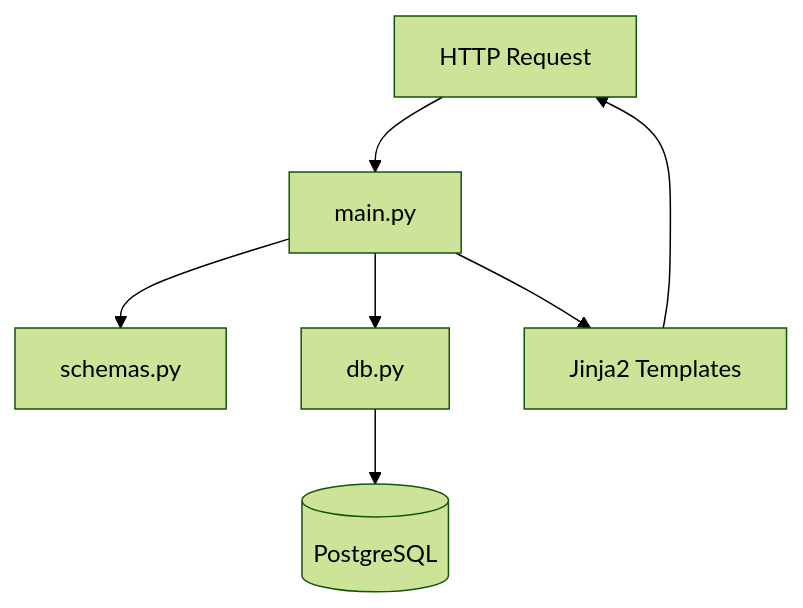
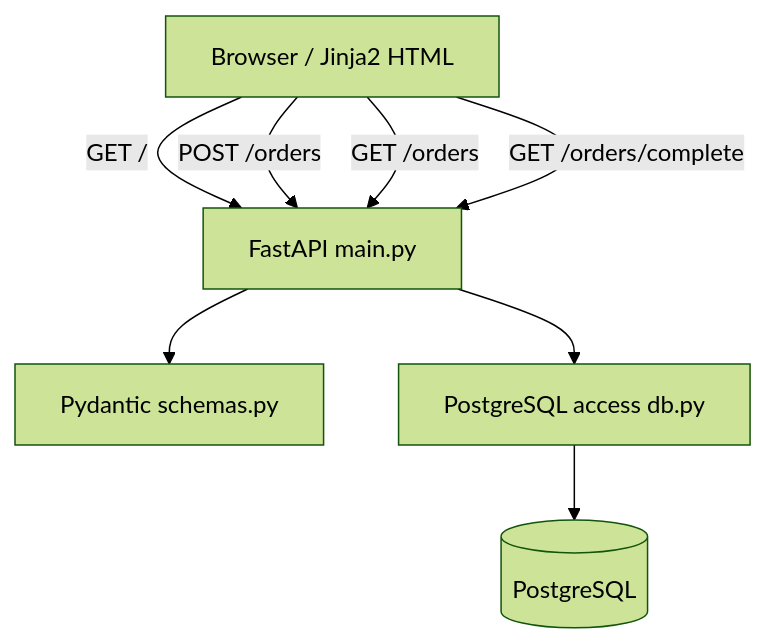
One commit to gyakusu/fastapi-postgres-demo changed the eighth of 9 diagrams in README.md. Above: the diagram before and after it, drawn with Mermaid (forest theme). The commit also changed other lines of this file, not shown here.

````diff
--- a/README.md
+++ b/README.md
@@ -519,16 +648,17 @@
 ```mermaid
 flowchart TD
-    R[HTTP Request]
-    M[main.py]
-    S[schemas.py]
-    D[db.py]
-    P[(PostgreSQL)]
-    T[Jinja2 Templates]
+    UI[Browser / Jinja2 HTML]
+    API[FastAPI main.py]
+    MODEL[Pydantic schemas.py]
+    DBLAYER[PostgreSQL access db.py]
+    DB[(PostgreSQL)]
 
-    R --> M
-    M --> S
-    M --> D
-    D --> P
-    M --> T
-    T --> R
+    UI -->|GET /| API
+    UI -->|POST /orders| API
+    UI -->|GET /orders| API
+    UI -->|GET /orders/complete| API
+
+    API --> MODEL
+    API --> DBLAYER
+    DBLAYER --> DB
 ```
````
